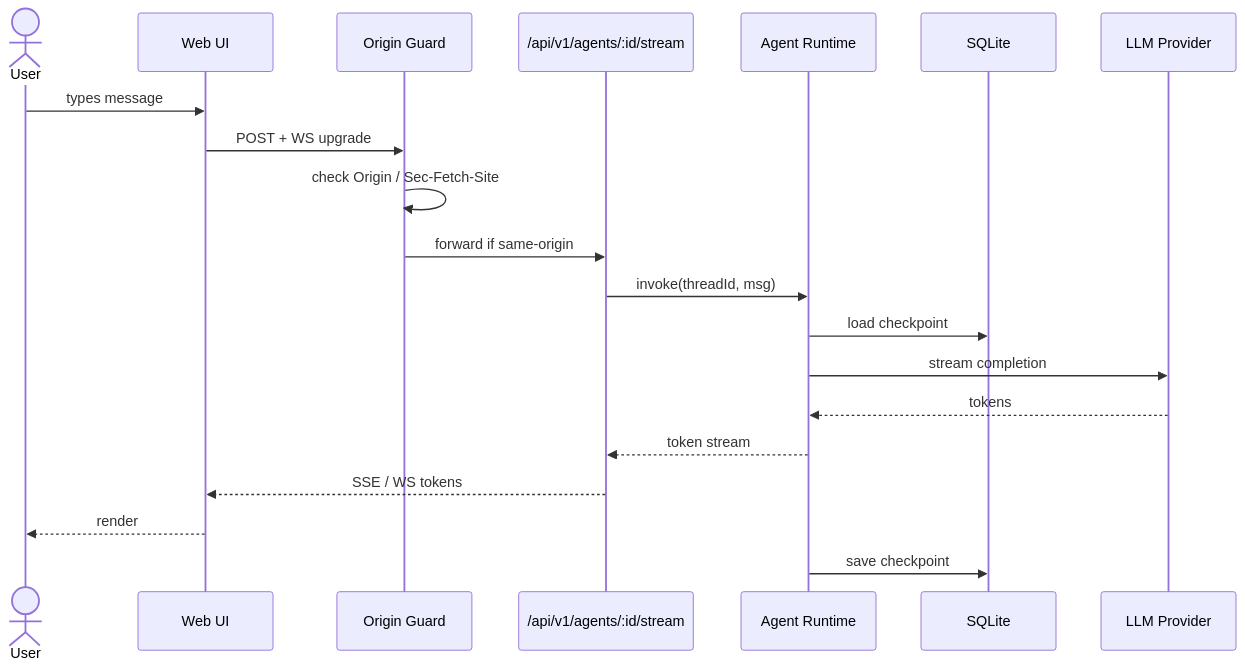
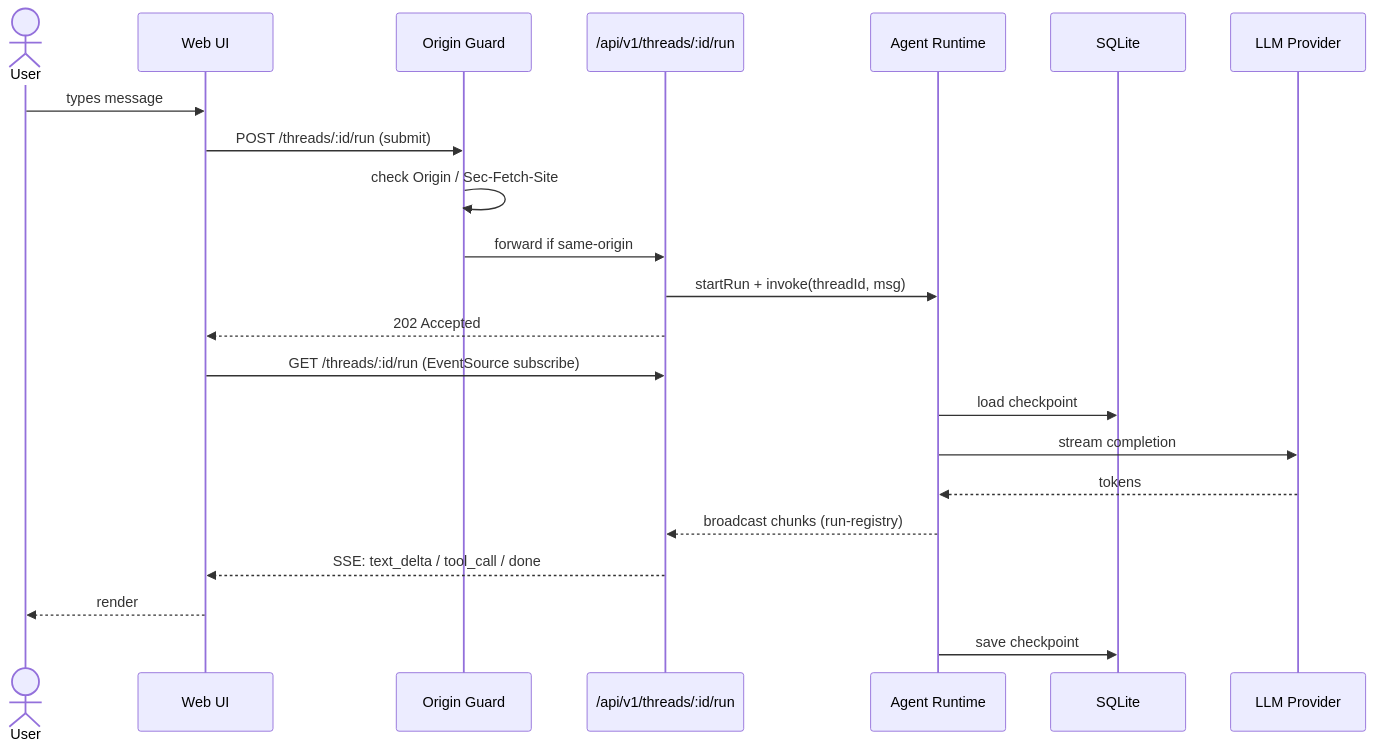
Before and after one commit to CircuitWall/jarela: the third of 5 diagrams in ARCHITECTURE.md, drawn with Mermaid. The commit also changed other lines of this file and 12 other files, not shown here.

````diff
--- a/ARCHITECTURE.md
+++ b/ARCHITECTURE.md
@@ -82,23 +83,25 @@
 ```mermaid
 sequenceDiagram
     actor U as User
     participant UI as Web UI
     participant G as Origin Guard
-    participant API as /api/v1/agents/:id/stream
+    participant API as /api/v1/threads/:id/run
     participant AG as Agent Runtime
     participant DB as SQLite
     participant LLM as LLM Provider
 
     U->>UI: types message
-    UI->>G: POST + WS upgrade
+    UI->>G: POST /threads/:id/run (submit)
     G->>G: check Origin / Sec-Fetch-Site
     G->>API: forward if same-origin
-    API->>AG: invoke(threadId, msg)
+    API->>AG: startRun + invoke(threadId, msg)
+    API-->>UI: 202 Accepted
+    UI->>API: GET /threads/:id/run (EventSource subscribe)
     AG->>DB: load checkpoint
     AG->>LLM: stream completion
     LLM-->>AG: tokens
-    AG-->>API: token stream
-    API-->>UI: SSE / WS tokens
+    AG-->>API: broadcast chunks (run-registry)
+    API-->>UI: SSE: text_delta / tool_call / done
     UI-->>U: render
     AG->>DB: save checkpoint
 ```
````
